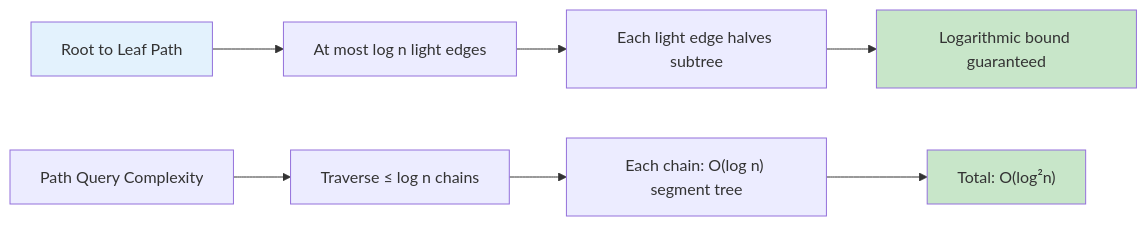
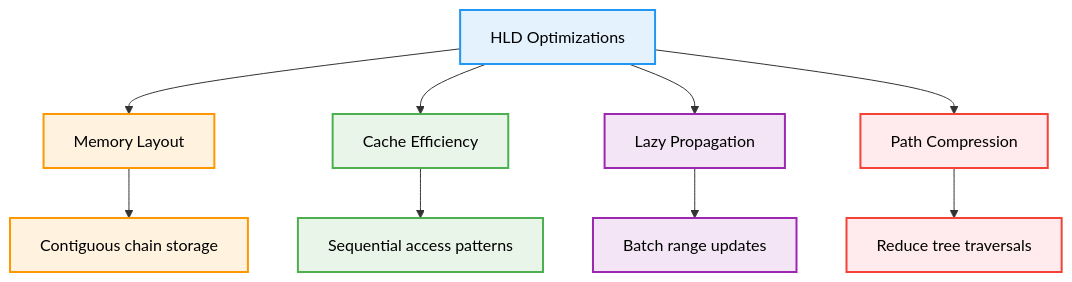
Before and after one commit to AbhishekGiri04/Algorithmics-Foundations: the fourth of 5 diagrams in concepts/heavy-light.md, drawn with Mermaid. The commit also changed other lines of this file, not shown here.

Commit message:
Add comprehensive heavy-light.md with professional design and light colors

````diff
--- a/concepts/heavy-light.md
+++ b/concepts/heavy-light.md
@@ -135,14 +514,24 @@
 ```mermaid
-flowchart LR
-    A["Root to Leaf Path"] --> B["At most log n light edges"]
-    B --> C["Each light edge halves subtree"]
-    C --> D["Logarithmic bound guaranteed"]
+flowchart TD
+    A["HLD Optimizations"] --> B["Memory Layout"]
+    A --> C["Cache Efficiency"]
+    A --> D["Lazy Propagation"]
+    A --> E["Path Compression"]
     
-    E["Path Query Complexity"] --> F["Traverse ≤ log n chains"]
-    F --> G["Each chain: O(log n) segment tree"]
-    G --> H["Total: O(log²n)"]
+    B --> F["Contiguous chain storage"]
+    C --> G["Sequential access patterns"]
+    D --> H["Batch range updates"]
+    E --> I["Reduce tree traversals"]
     
-    style A fill:#e3f2fd
-    style D fill:#c8e6c9
-    style H fill:#c8e6c9
+    classDef default fill:#f9f9f9,stroke:#333,stroke-width:2px,color:#000
+    classDef optimization fill:#e3f2fd,stroke:#2196f3,stroke-width:2px,color:#000
+    classDef memory fill:#fff3e0,stroke:#ff9800,stroke-width:2px,color:#000
+    classDef cache fill:#e8f5e8,stroke:#4caf50,stroke-width:2px,color:#000
+    classDef lazy fill:#f3e5f5,stroke:#9c27b0,stroke-width:2px,color:#000
+    classDef compression fill:#ffebee,stroke:#f44336,stroke-width:2px,color:#000
+    class A optimization
+    class B,F memory
+    class C,G cache
+    class D,H lazy
+    class E,I compression
 ```
````
